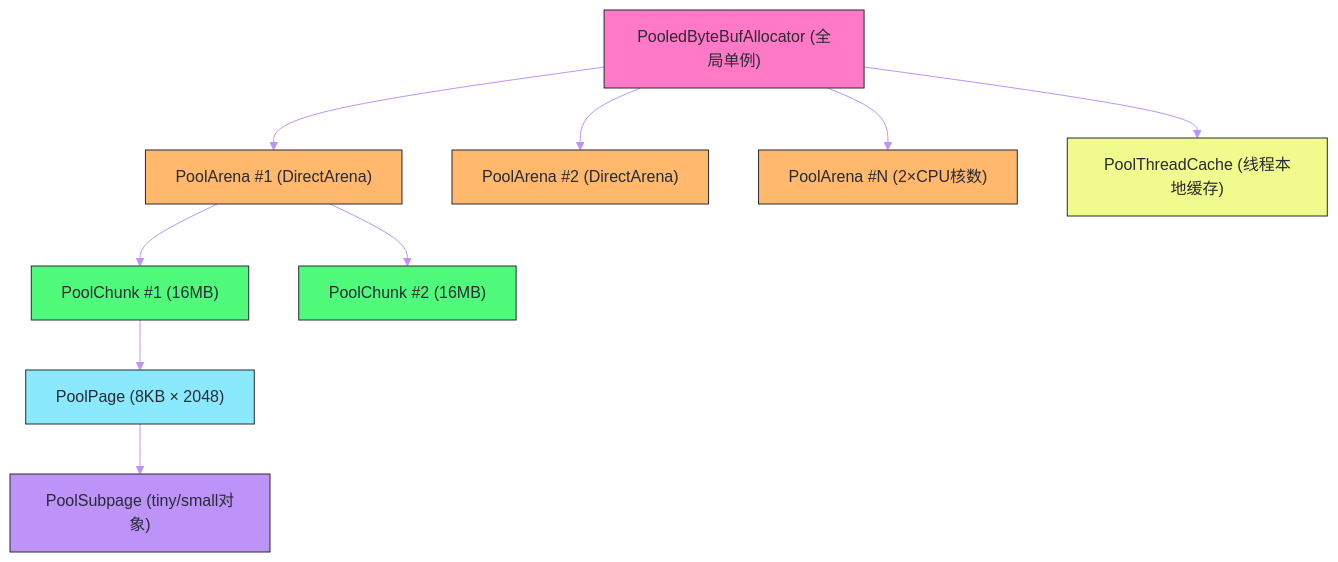
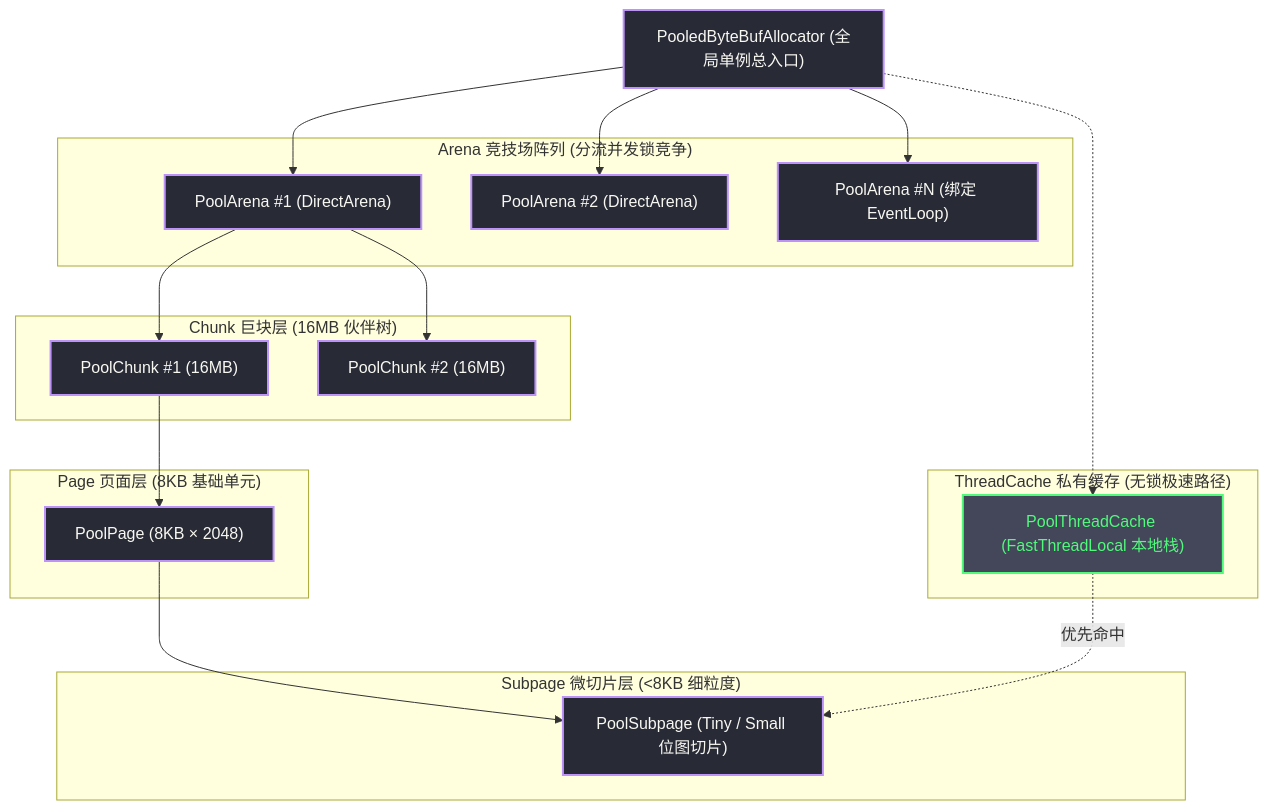
Before and after one commit to hpliStartAgain/my-brain: the second of 4 diagrams in content/Java/Netty/07 Netty内存管理——jemalloc算法在Java中的实现.md, drawn with Mermaid. The commit also changed other lines of this file and 15 other files, not shown here.

````diff
--- a/content/Java/Netty/07 Netty内存管理——jemalloc算法在Java中的实现.md
+++ b/content/Java/Netty/07 Netty内存管理——jemalloc算法在Java中的实现.md
@@ -80,29 +115,42 @@
 ```mermaid
-%%{init: {'theme': 'base', 'themeVariables': {'primaryColor': '#6272a4', 'primaryTextColor': '#f8f8f2', 'primaryBorderColor': '#44475a', 'lineColor': '#bd93f9', 'secondaryColor': '#44475a', 'background': '#282a36', 'mainBkg': '#44475a', 'nodeBorder': '#6272a4', 'titleColor': '#f8f8f2', 'fontFamily': 'monospace'}}}%%
+%%{init: {'theme': 'dracula'}}%%
 graph TD
-    classDef allocator fill:#ff79c6,stroke:#282a36,color:#282a36
-    classDef arena fill:#ffb86c,stroke:#282a36,color:#282a36
-    classDef chunk fill:#50fa7b,stroke:#282a36,color:#282a36
-    classDef page fill:#8be9fd,stroke:#282a36,color:#282a36
-    classDef subpage fill:#bd93f9,stroke:#282a36,color:#282a36
-    classDef cache fill:#f1fa8c,stroke:#282a36,color:#282a36
+    A["PooledByteBufAllocator (全局单例总入口)"]
+    
+    subgraph Arenas["Arena 竞技场阵列 (分流并发锁竞争)"]
+        B["PoolArena #1 (DirectArena)"]
+        C["PoolArena #2 (DirectArena)"]
+        D["PoolArena #N (绑定 EventLoop)"]
+    end
 
-    A["PooledByteBufAllocator (全局单例)"]:::allocator
-    B["PoolArena #1 (DirectArena)"]:::arena
-    C["PoolArena #2 (DirectArena)"]:::arena
-    D["PoolArena #N (2×CPU核数)"]:::arena
-    E["PoolChunk #1 (16MB)"]:::chunk
-    F["PoolChunk #2 (16MB)"]:::chunk
-    G["PoolPage (8KB × 2048)"]:::page
-    H["PoolSubpage (tiny/small对象)"]:::subpage
-    I["PoolThreadCache (线程本地缓存)"]:::cache
+    subgraph Chunks["Chunk 巨块层 (16MB 伙伴树)"]
+        E["PoolChunk #1 (16MB)"]
+        F["PoolChunk #2 (16MB)"]
+    end
+
+    subgraph Pages["Page 页面层 (8KB 基础单元)"]
+        G["PoolPage (8KB × 2048)"]
+    end
+
+    subgraph Subpages["Subpage 微切片层 (<8KB 细粒度)"]
+        H["PoolSubpage (Tiny / Small 位图切片)"]
+    end
+
+    subgraph Cache["ThreadCache 私有缓存 (无锁极速路径)"]
+        I["PoolThreadCache (FastThreadLocal 本地栈)"]
+    end
 
     A --> B
     A --> C
     A --> D
     B --> E
     B --> F
     E --> G
     G --> H
-    A --> I
+    A -.-> I
+    I -.->|优先命中| H
+
+    classDef default fill:#282a36,stroke:#bd93f9,stroke-width:2px,color:#f8f8f2;
+    classDef cache fill:#44475a,stroke:#50fa7b,stroke-width:2px,color:#50fa7b;
+    class I cache;
 ```
````
